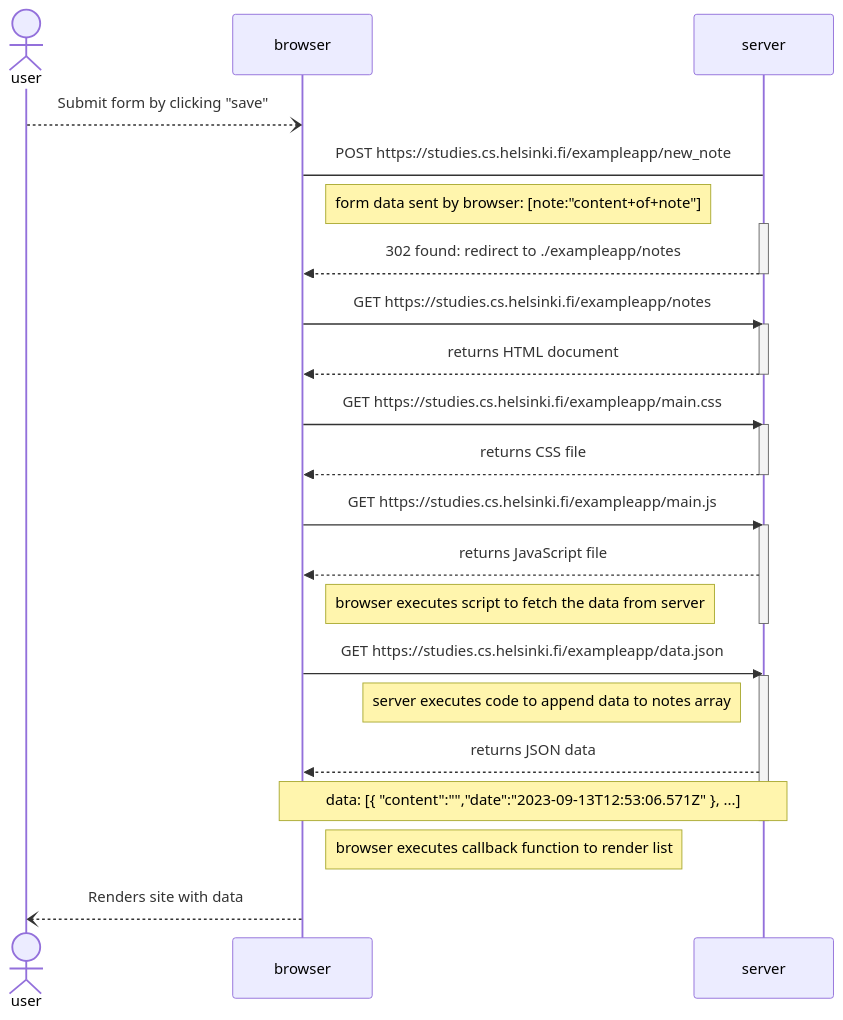
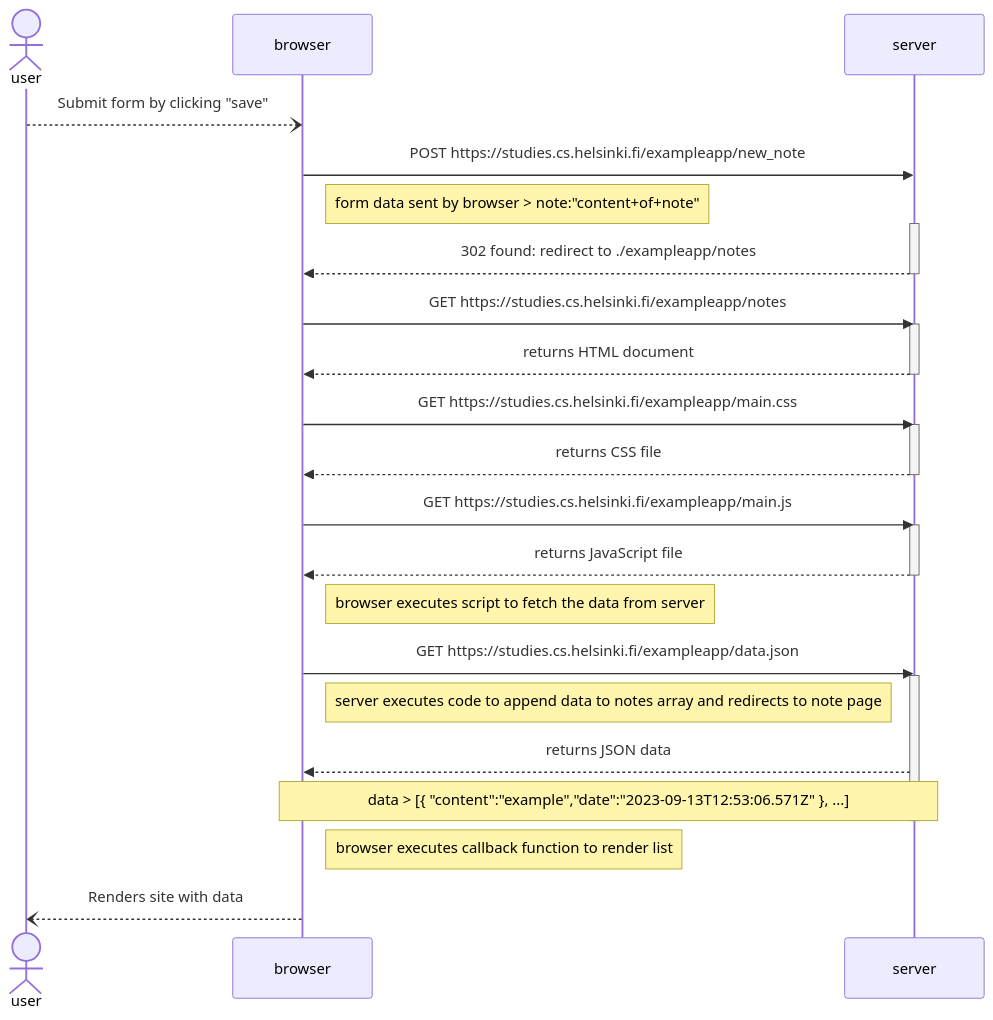
Before and after one commit to Dani-0TB/fullstack-open-submissions: the diagram in part0/0.4-new-note-diagram.md, drawn with Mermaid. The commit also changed 1 other file, not shown here.

Commit message:
finished sp diagram first iteraton

````diff
--- a/part0/0.4-new-note-diagram.md
+++ b/part0/0.4-new-note-diagram.md
@@ -3,40 +3,43 @@
 ```mermaid
 
 sequenceDiagram
   actor user
   participant browser
   participant server
 
   user--)browser: Submit form by clicking "save"
-  browser->server: POST https://studies.cs.helsinki.fi/exampleapp/new_note
-  note right of browser: form data sent by browser: [note:"content+of+note"]
+  browser->>server: POST https://studies.cs.helsinki.fi/exampleapp/new_note
+  note right of browser: form data sent by browser > note:"content+of+note"
   activate server
   server-->>browser: 302 found: redirect to ./exampleapp/notes
   deactivate server
 
   browser->>server: GET https://studies.cs.helsinki.fi/exampleapp/notes
   activate server
   server-->>browser: returns HTML document
   deactivate server
 
   browser->>server: GET https://studies.cs.helsinki.fi/exampleapp/main.css
   activate server
   server-->>browser: returns CSS file
   deactivate server
 
   browser->>server: GET https://studies.cs.helsinki.fi/exampleapp/main.js
   activate server
   server-->>browser: returns JavaScript file
+  deactivate server
+
   note right of browser: browser executes script to fetch the data from server
-  deactivate server
-  
+
   browser->>server: GET https://studies.cs.helsinki.fi/exampleapp/data.json
   activate server
-  note left of server: server executes code to append data to notes array
+
+  note left of server: server executes code to append data to notes array and redirects to note page
+
   server-->>browser: returns JSON data
-  note over browser,server: data: [{ "content":"","date":"2023-09-13T12:53:06.571Z" }, ...]
+  note over browser,server: data > [{ "content":"example","date":"2023-09-13T12:53:06.571Z" }, ...]
   deactivate server
   note right of browser: browser executes callback function to render list
   browser--)user: Renders site with data
 
 ```
````
